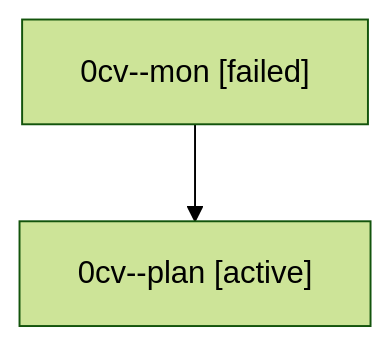
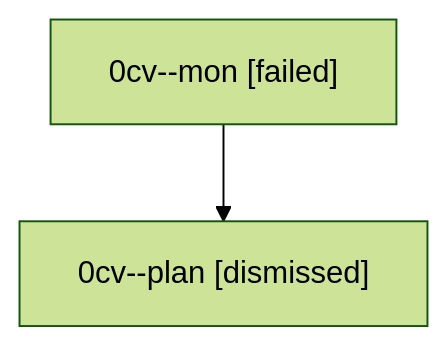
One commit to bobs-org/bob-cli--agents changed the diagram in sessions/bbugyi200.athena.0cv.md. Above: the diagram before and after it, drawn with Mermaid (forest theme). The commit also changed other lines of this file and 5 other files, not shown here.

````diff
--- a/sessions/bbugyi200.athena.0cv.md
+++ b/sessions/bbugyi200.athena.0cv.md
@@ -9,6 +9,6 @@
 ```mermaid
 flowchart TD
   n0["0cv--mon [failed]"]
-  n1["0cv--plan [active]"]
+  n1["0cv--plan [dismissed]"]
   n0 --> n1
 ```
````
